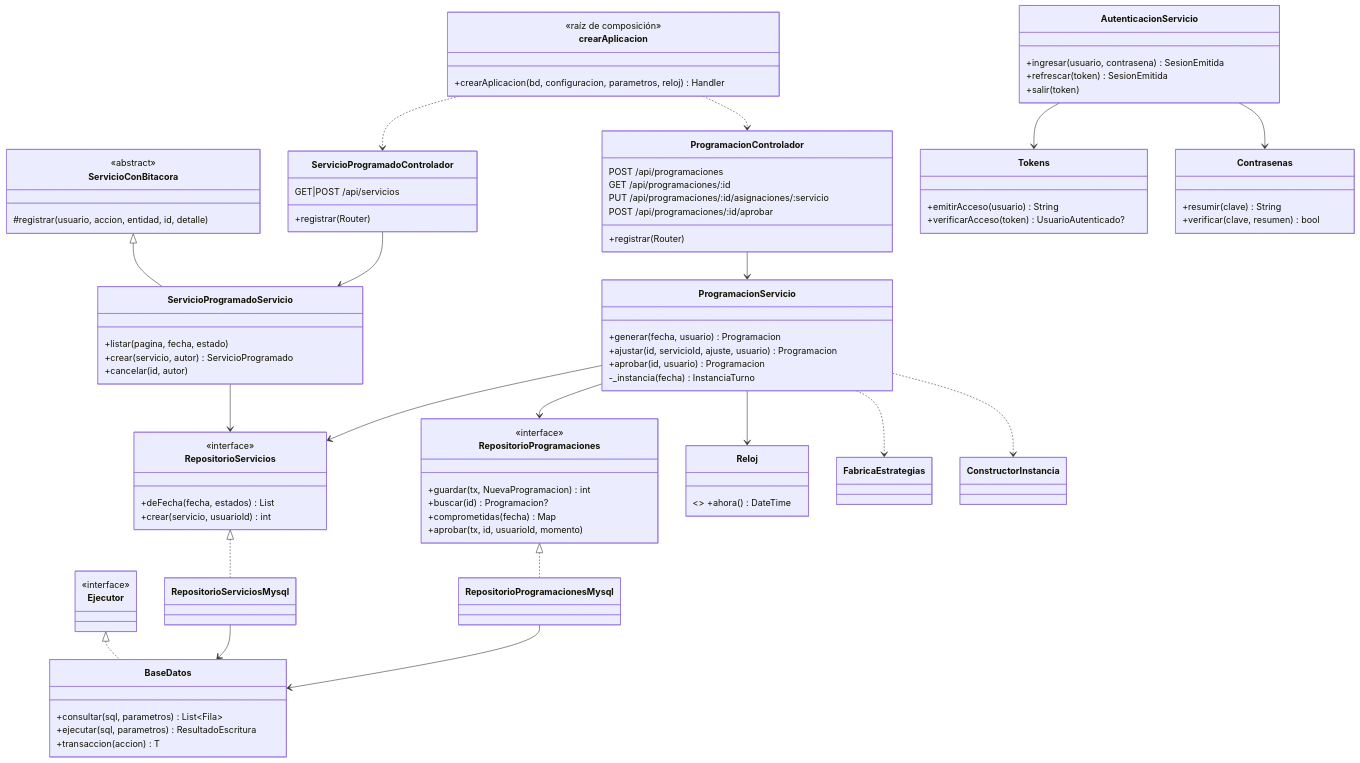
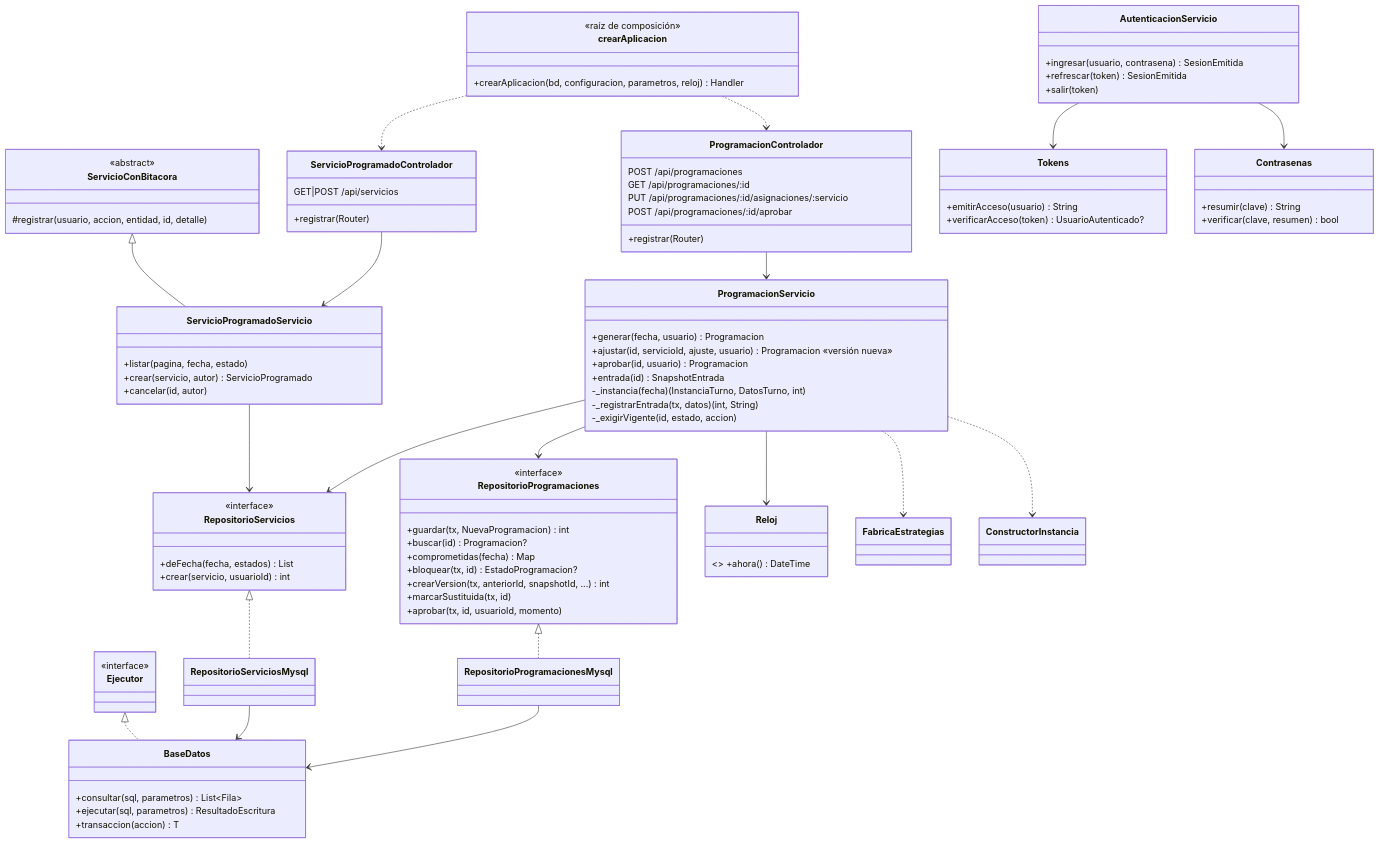
One commit to Madafaka17/sistema-asignacion-san-felipe changed the fifth of 13 diagrams in docs/uml.md. Above: the diagram before and after it, drawn with Mermaid. The commit also changed other lines of this file and 18 other files, not shown here.

```diff
--- a/docs/uml.md
+++ b/docs/uml.md
@@ -367,9 +372,12 @@
   }
   class ProgramacionServicio {
     +generar(fecha, usuario) Programacion
-    +ajustar(id, servicioId, ajuste, usuario) Programacion
+    +ajustar(id, servicioId, ajuste, usuario) Programacion «versión nueva»
     +aprobar(id, usuario) Programacion
-    -_instancia(fecha) InstanciaTurno
+    +entrada(id) SnapshotEntrada
+    -_instancia(fecha) (InstanciaTurno, DatosTurno, int)
+    -_registrarEntrada(tx, datos) (int, String)
+    -_exigirVigente(id, estado, accion)
   }
   class ServicioProgramadoServicio {
     +listar(pagina, fecha, estado)
@@ -385,6 +393,9 @@
     +guardar(tx, NuevaProgramacion) int
     +buscar(id) Programacion?
     +comprometidas(fecha) Map
+    +bloquear(tx, id) EstadoProgramacion?
+    +crearVersion(tx, anteriorId, snapshotId, ...) int
+    +marcarSustituida(tx, id)
     +aprobar(tx, id, usuarioId, momento)
   }
   class RepositorioProgramacionesMysql
```
